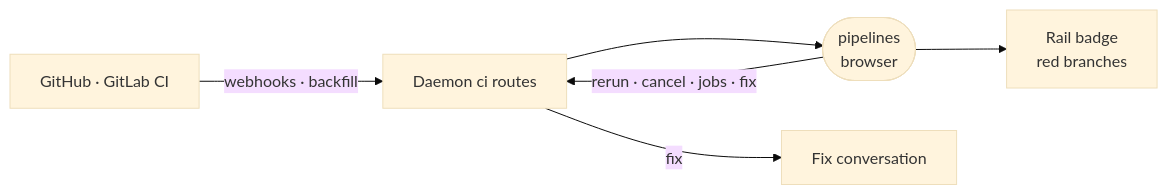
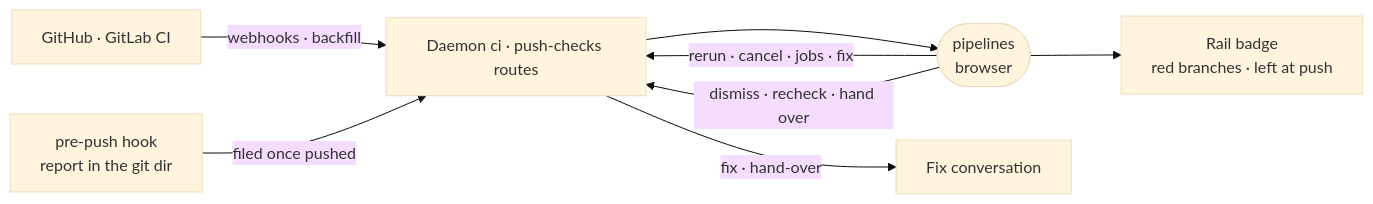
The diagram in _extensions/pipelines/README.md (intentic/intentic), drawn with Mermaid (base theme) before and after one commit. The commit also changed other lines of this file and 284 other files, not shown here.

First line of the commit message:
feat(workspace)!: drop Mainline and landCheck for push-checks and deps-slice

````diff
--- a/_extensions/pipelines/README.md
+++ b/_extensions/pipelines/README.md
@@ -5,8 +5,10 @@
 ```mermaid
 flowchart LR
-    vendor["GitHub · GitLab CI"] -->|"webhooks · backfill"| daemon["Daemon ci routes"]
+    vendor["GitHub · GitLab CI"] -->|"webhooks · backfill"| daemon["Daemon ci · push-checks routes"]
+    hook["pre-push hook<br/>report in the git dir"] -->|"filed once pushed"| daemon
     daemon --> ext(["pipelines<br/>browser"])
     ext -->|"rerun · cancel · jobs · fix"| daemon
-    daemon -->|"fix"| agent["Fix conversation"]
-    ext --> badge["Rail badge<br/>red branches"]
+    ext -->|"dismiss · recheck · hand over"| daemon
+    daemon -->|"fix · hand-over"| agent["Fix conversation"]
+    ext --> badge["Rail badge<br/>red branches · left at push"]
 ```
````
